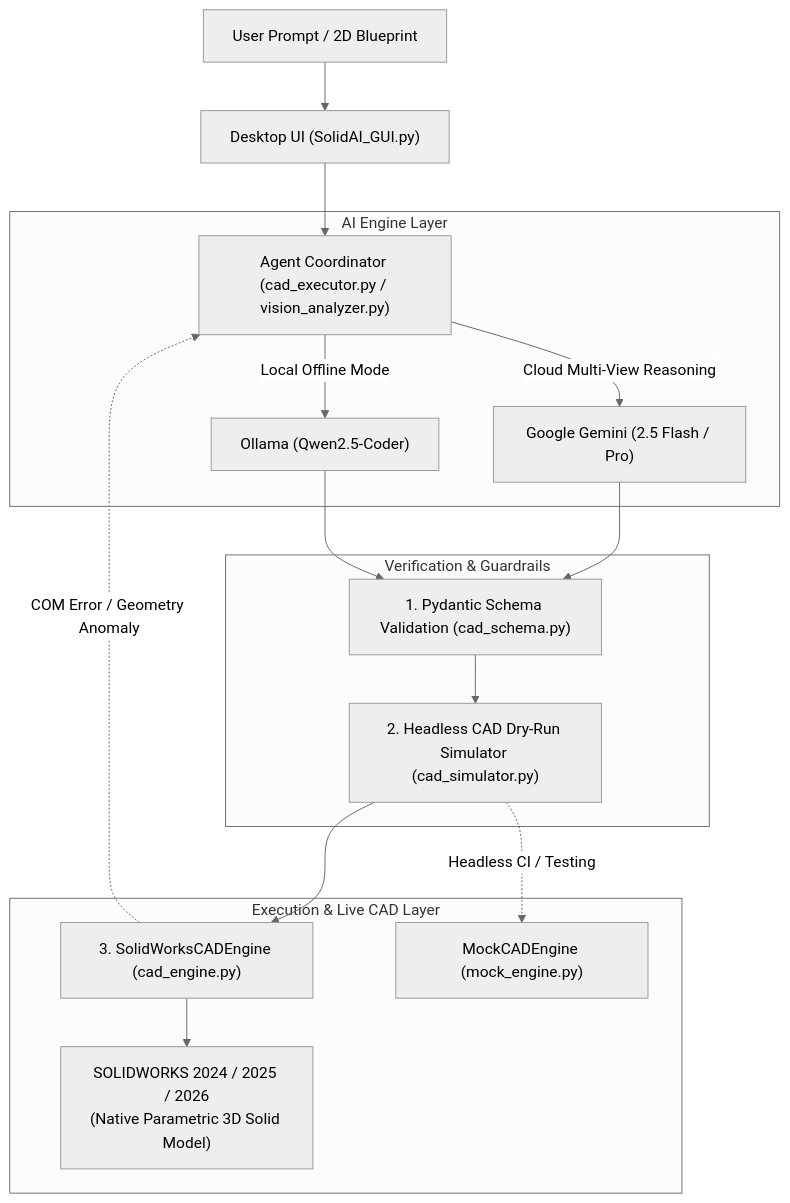
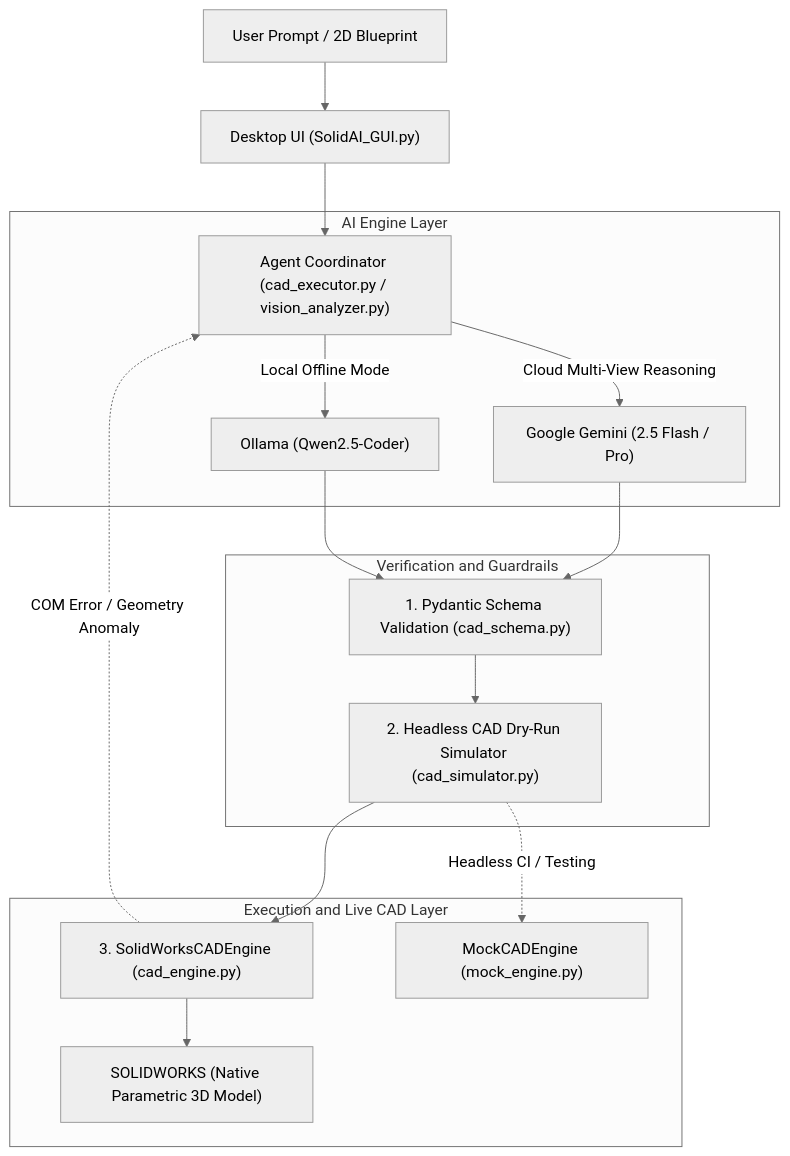
Before and after one commit to ghosessx/SolidworksAi: the diagram in README.md, drawn with Mermaid (neutral theme). The commit also changed 1 other file, not shown here.

````diff
--- a/README.md
+++ b/README.md
@@ -28,23 +28,23 @@
 ```mermaid
 flowchart TD
     User["User Prompt / 2D Blueprint"] --> GUI["Desktop UI (SolidAI_GUI.py)"]
     GUI --> Coordinator["Agent Coordinator (cad_executor.py / vision_analyzer.py)"]
     
-    subgraph AI Engine Layer
+    subgraph SG1 ["AI Engine Layer"]
         Coordinator -->|Cloud Multi-View Reasoning| Gemini["Google Gemini (2.5 Flash / Pro)"]
         Coordinator -->|Local Offline Mode| Ollama["Ollama (Qwen2.5-Coder)"]
     end
     
-    subgraph Verification & Guardrails
+    subgraph SG2 ["Verification and Guardrails"]
         Gemini --> Schema["1. Pydantic Schema Validation (cad_schema.py)"]
         Ollama --> Schema
         Schema --> Sim["2. Headless CAD Dry-Run Simulator (cad_simulator.py)"]
     end
     
-    subgraph Execution & Live CAD Layer
+    subgraph SG3 ["Execution and Live CAD Layer"]
         Sim --> LiveEngine["3. SolidWorksCADEngine (cad_engine.py)"]
         Sim -.->|Headless CI / Testing| MockEngine["MockCADEngine (mock_engine.py)"]
-        LiveEngine --> SW["SOLIDWORKS 2024 / 2025 / 2026\n(Native Parametric 3D Solid Model)"]
+        LiveEngine --> SW["SOLIDWORKS (Native Parametric 3D Model)"]
         LiveEngine -.->|COM Error / Geometry Anomaly| Coordinator
     end
 ```
````
